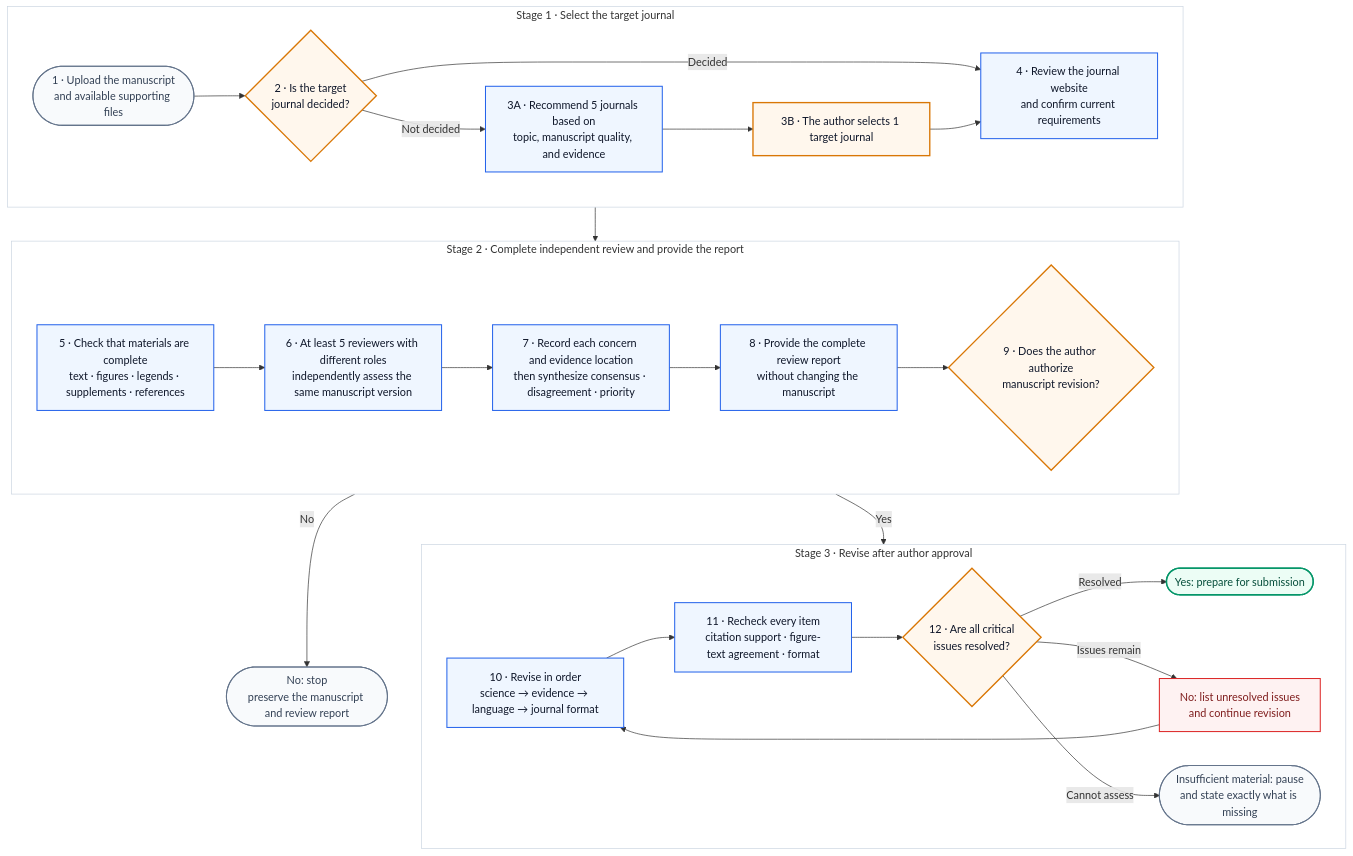
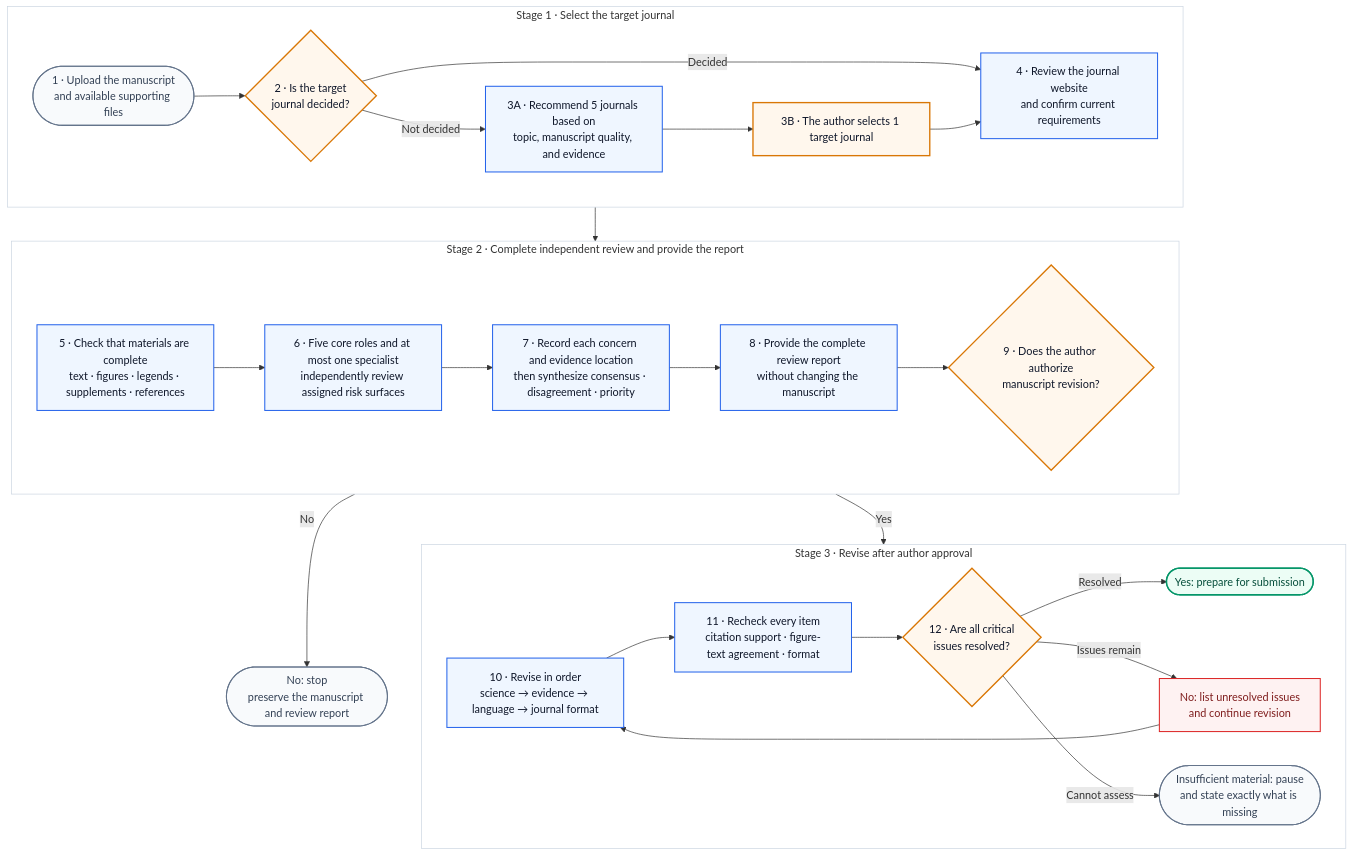
The diagram in README_EN.md (Jameslxr/manuscript-review-revision-skill), drawn with Mermaid before and after one commit. The commit also changed other lines of this file and 75 other files, not shown here.

````diff
--- a/README_EN.md
+++ b/README_EN.md
@@ -65,58 +65,58 @@
 ```mermaid
 flowchart TB
     START(["1 · Upload the manuscript<br/>and available supporting files"])
     TARGET{"2 · Is the target<br/>journal decided?"}
     REC["3A · Recommend 5 journals based on<br/>topic, manuscript quality, and evidence"]
     PICK["3B · The author selects 1 target journal"]
     RULES["4 · Review the journal website<br/>and confirm current requirements"]
     CHECK["5 · Check that materials are complete<br/>text · figures · legends · supplements · references"]
-    REVIEW["6 · At least 5 reviewers with different roles<br/>independently assess the same manuscript version"]
+    REVIEW["6 · Five core roles and at most one specialist<br/>independently review assigned risk surfaces"]
     SUMMARY["7 · Record each concern and evidence location<br/>then synthesize consensus · disagreement · priority"]
     REPORT["8 · Provide the complete review report<br/>without changing the manuscript"]
     AUTH{"9 · Does the author authorize<br/>manuscript revision?"}
     STOP(["No: stop<br/>preserve the manuscript and review report"])
     REVISE["10 · Revise in order<br/>science → evidence → language → journal format"]
     VERIFY["11 · Recheck every item<br/>citation support · figure-text agreement · format"]
     READY{"12 · Are all critical<br/>issues resolved?"}
     PASS(["Yes: prepare for submission"])
     RETURN["No: list unresolved issues<br/>and continue revision"]
     MISSING(["Insufficient material: pause<br/>and state exactly what is missing"])
 
     subgraph S1["Stage 1 · Select the target journal"]
         direction LR
         START --> TARGET
         TARGET -- "Decided" --> RULES
         TARGET -- "Not decided" --> REC --> PICK --> RULES
     end
 
     subgraph S2["Stage 2 · Complete independent review and provide the report"]
         direction LR
         CHECK --> REVIEW --> SUMMARY --> REPORT --> AUTH
     end
 
     subgraph S3["Stage 3 · Revise after author approval"]
         direction LR
         REVISE --> VERIFY --> READY
         READY -- "Resolved" --> PASS
         READY -- "Issues remain" --> RETURN --> REVISE
         READY -- "Cannot assess" --> MISSING
     end
 
     RULES --> CHECK
     AUTH -- "No" --> STOP
     AUTH -- "Yes" --> REVISE
 
     classDef user fill:#FFF7ED,stroke:#D97706,stroke-width:2px,color:#0F172A;
     classDef skill fill:#EFF6FF,stroke:#2563EB,stroke-width:1.5px,color:#0F172A;
     classDef success fill:#ECFDF5,stroke:#059669,stroke-width:2px,color:#064E3B;
     classDef stop fill:#F8FAFC,stroke:#64748B,stroke-width:1.5px,color:#334155;
     classDef problem fill:#FEF2F2,stroke:#DC2626,stroke-width:1.5px,color:#7F1D1D;
     class TARGET,PICK,AUTH,READY user;
     class REC,RULES,CHECK,REVIEW,SUMMARY,REPORT,REVISE,VERIFY skill;
     class PASS success;
     class START,STOP,MISSING stop;
     class RETURN problem;
     style S1 fill:#FFFFFF,stroke:#CBD5E1,stroke-width:1px
     style S2 fill:#FFFFFF,stroke:#CBD5E1,stroke-width:1px
     style S3 fill:#FFFFFF,stroke:#CBD5E1,stroke-width:1px
 ```
````
